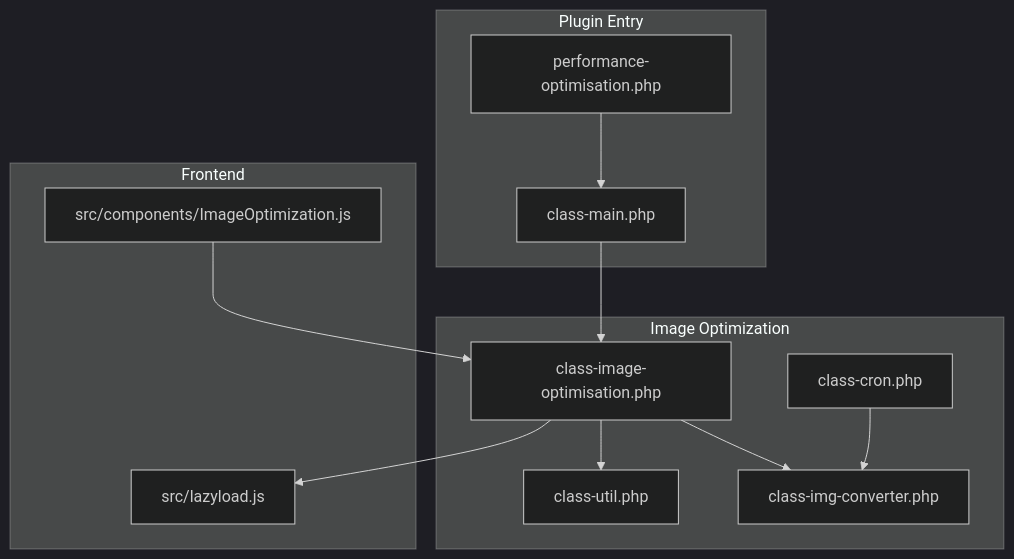
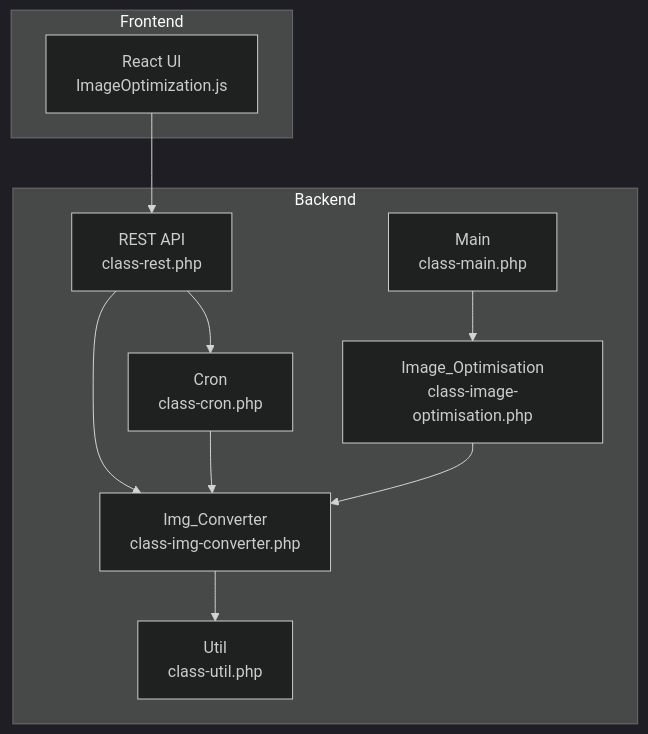
One commit to nilesh32236/performance-optimisation changed the first of 5 diagrams in .qoder/repowiki/en/content/Image Optimization/Format Conversion.md. Above: the diagram before and after it, drawn with Mermaid (dark theme). The commit also changed other lines of this file and 46 other files, not shown here.

````diff
--- a/.qoder/repowiki/en/content/Image Optimization/Format Conversion.md
+++ b/.qoder/repowiki/en/content/Image Optimization/Format Conversion.md
@@ -39,24 +41,21 @@
 ```mermaid
 graph TB
-subgraph "Plugin Entry"
-P["performance-optimisation.php"]
-M["class-main.php"]
+subgraph "Frontend"
+UI["React UI<br/>ImageOptimization.js"]
 end
-subgraph "Image Optimization"
-IO["class-image-optimisation.php"]
-IC["class-img-converter.php"]
-CR["class-cron.php"]
-UT["class-util.php"]
+subgraph "Backend"
+REST["REST API<br/>class-rest.php"]
+MAIN["Main<br/>class-main.php"]
+IMG_OPT["Image_Optimisation<br/>class-image-optimisation.php"]
+IMG_CONV["Img_Converter<br/>class-img-converter.php"]
+UTIL["Util<br/>class-util.php"]
+CRON["Cron<br/>class-cron.php"]
 end
-subgraph "Frontend"
-JS["src/lazyload.js"]
-UI["src/components/ImageOptimization.js"]
-end
-P --> M
-M --> IO
-IO --> IC
-IO --> UT
-CR --> IC
-IO --> JS
-UI --> IO
+UI --> REST
+REST --> IMG_CONV
+REST --> CRON
+MAIN --> IMG_OPT
+IMG_OPT --> IMG_CONV
+IMG_CONV --> UTIL
+CRON --> IMG_CONV
 ```
````
